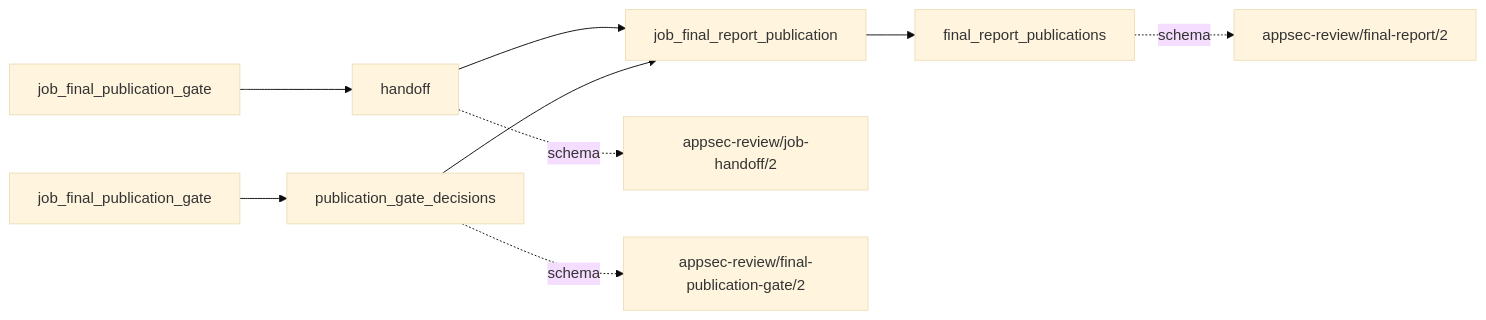
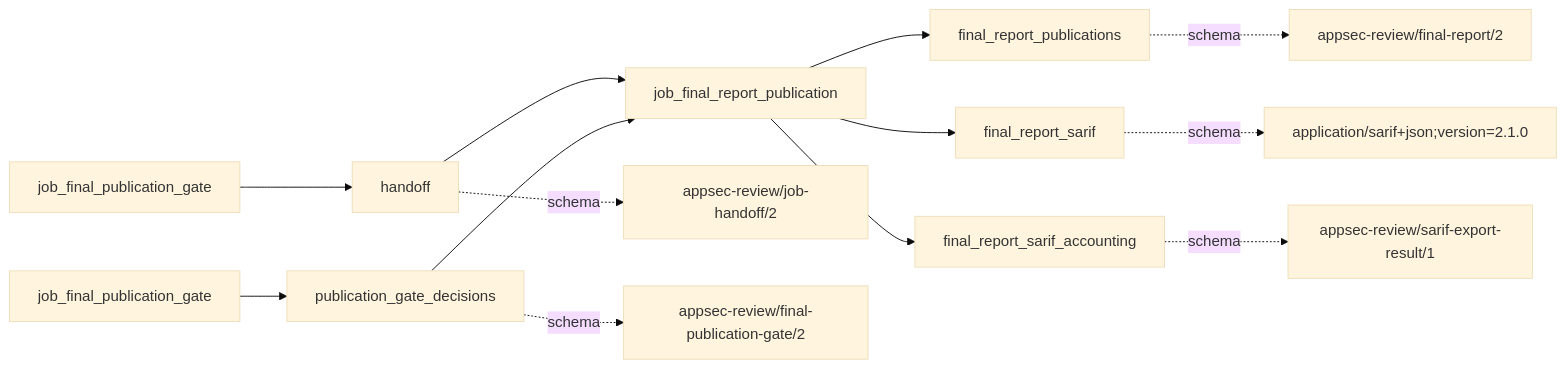
Before and after one commit to wsollers/appsec-review: the first of 2 diagrams in docs/operations/job_final_report_publication.md, drawn with Mermaid (base theme). The commit also changed other lines of this file and 32 other files, not shown here.

````diff
--- a/docs/operations/job_final_report_publication.md
+++ b/docs/operations/job_final_report_publication.md
@@ -74,18 +76,26 @@
 ```mermaid
 flowchart LR
   job["job_final_report_publication"]
   producer0["job_final_publication_gate"]
   input0["handoff"]
   input_schema0["appsec-review/job-handoff/2"]
   producer0 --> input0 --> job
   input0 -. schema .-> input_schema0
   producer1["job_final_publication_gate"]
   input1["publication_gate_decisions"]
   input_schema1["appsec-review/final-publication-gate/2"]
   producer1 --> input1 --> job
   input1 -. schema .-> input_schema1
   output0["final_report_publications"]
   output_schema0["appsec-review/final-report/2"]
   job --> output0
   output0 -. schema .-> output_schema0
+  output1["final_report_sarif"]
+  output_schema1["application/sarif+json;version=2.1.0"]
+  job --> output1
+  output1 -. schema .-> output_schema1
+  output2["final_report_sarif_accounting"]
+  output_schema2["appsec-review/sarif-export-result/1"]
+  job --> output2
+  output2 -. schema .-> output_schema2
 ```
````
